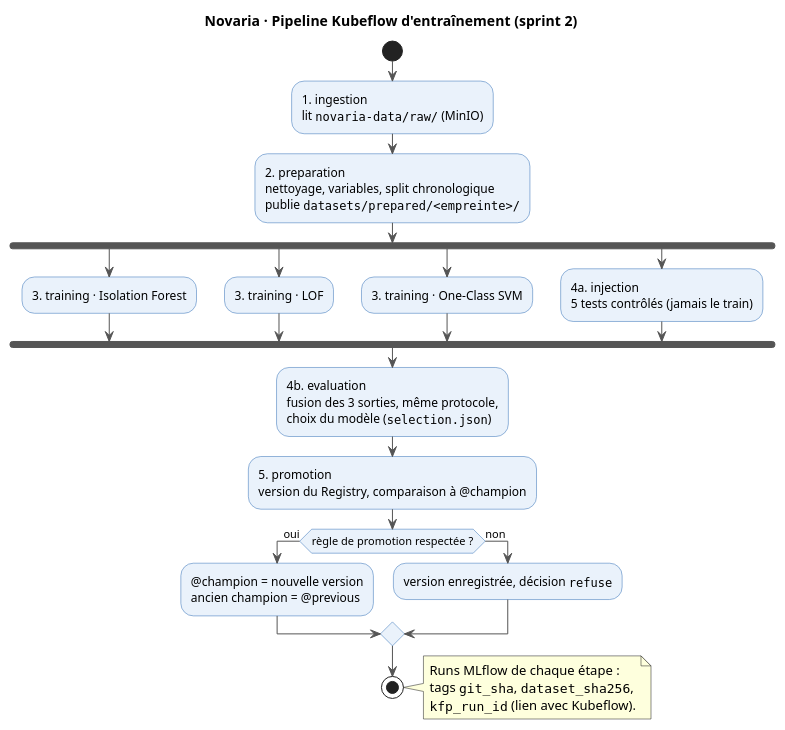
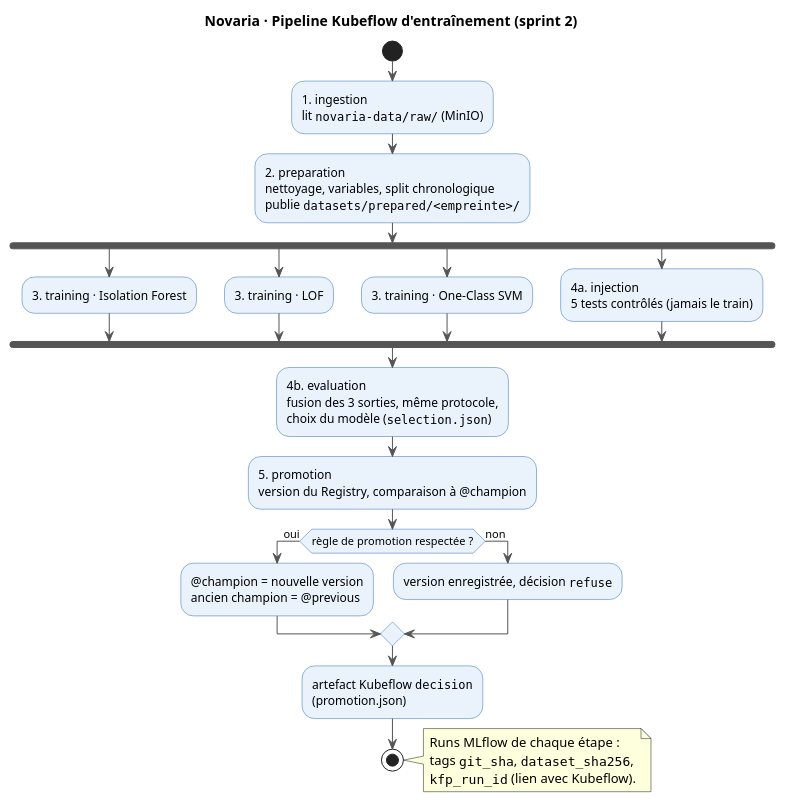
One commit to TsioryRobson/smart-city changed the third of 3 diagrams in docs/workflow.puml. Above: the diagram before and after it, drawn with PlantUML. The commit also changed 9 other files, not shown here.

```diff
--- a/docs/workflow.puml
+++ b/docs/workflow.puml
@@ -169,49 +169,52 @@
 @startuml training_pipeline
 ' Pipeline Kubeflow d'entraînement (kubeflow/pipelines/training_pipeline.py).
 ' Chaque étape est un pod qui lance un script de novaria.pipeline dans l'image
-' novaria/pipeline ; les dossiers échangés sont des artefacts Kubeflow.
+' novaria/pipeline (lanceur novaria.pipeline.remote) ; les dossiers échangés
+' passent par MinIO (datasets/runs/<run>/). Seul artefact Kubeflow : decision.
 title Novaria · Pipeline Kubeflow d'entraînement (sprint 2)
 
 skinparam shadowing false
 skinparam defaultFontName Arial
 skinparam ArrowColor #555555
 skinparam activity {
   BackgroundColor #EAF2FB
   BorderColor #2F6DB5
 }
 
 start
 :1. ingestion
 lit ""novaria-data/raw/"" (MinIO);
 :2. preparation
 nettoyage, variables, split chronologique
 publie ""datasets/prepared/<empreinte>/"";
 fork
   :3. training · Isolation Forest;
 fork again
   :3. training · LOF;
 fork again
   :3. training · One-Class SVM;
 fork again
   :4a. injection
   5 tests contrôlés (jamais le train);
 end fork
 :4b. evaluation
 fusion des 3 sorties, même protocole,
 choix du modèle (""selection.json"");
 :5. promotion
 version du Registry, comparaison à @champion;
 if (règle de promotion respectée ?) then (oui)
   :@champion = nouvelle version
   ancien champion = @previous;
 else (non)
   :version enregistrée, décision ""refuse"";
 endif
+:artefact Kubeflow ""decision""
+(promotion.json);
 stop
 
 note right
   Runs MLflow de chaque étape :
   tags ""git_sha"", ""dataset_sha256"",
   ""kfp_run_id"" (lien avec Kubeflow).
 end note
 @enduml
```
